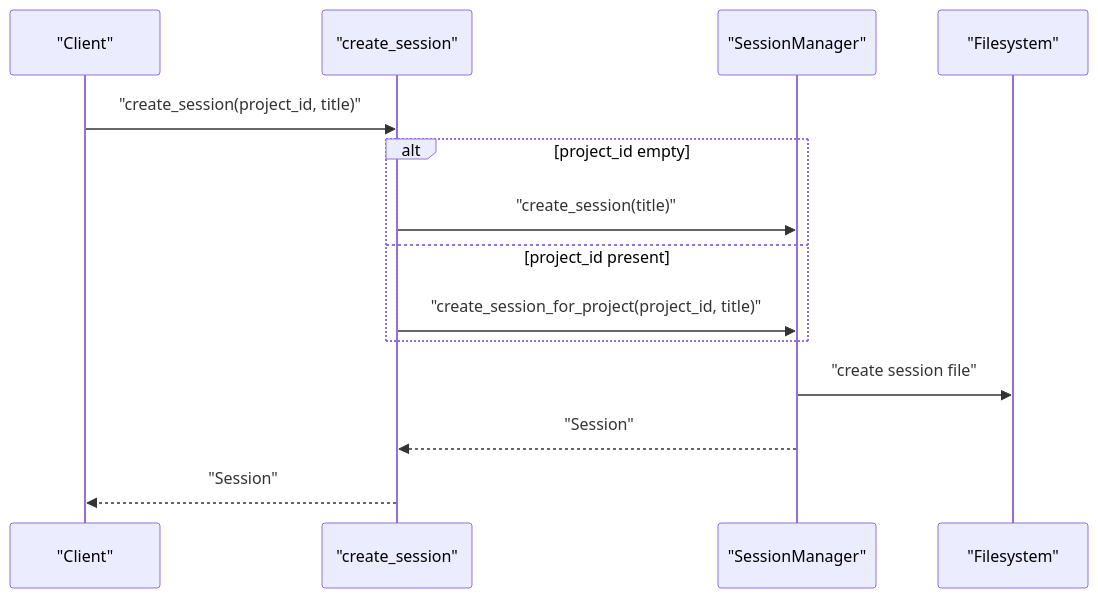
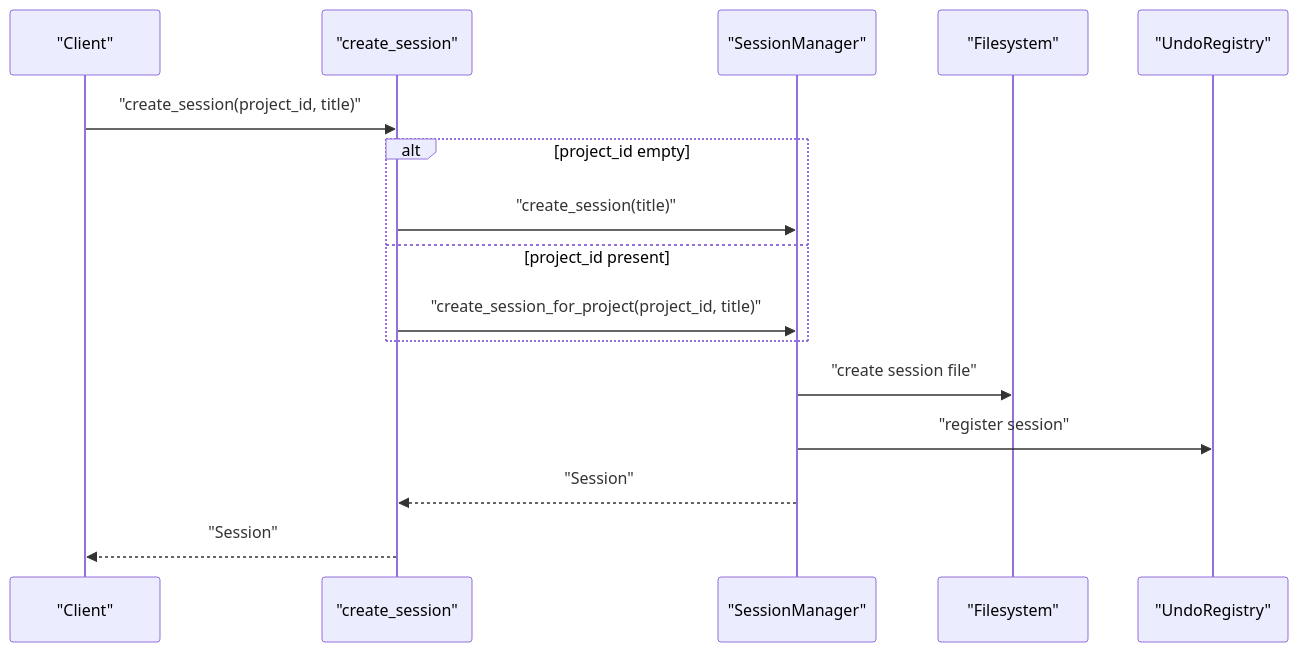
The fourth of 11 diagrams in .qoder/repowiki/en/content/Backend System (Rust)/Module Architecture & Design/Runtime Services/Session Lifecycle.md (novolei/if2Ai), drawn with Mermaid before and after one commit. The commit also changed other lines of this file and 124 other files, not shown here.

````diff
--- a/.qoder/repowiki/en/content/Backend System (Rust)/Module Architecture & Design/Runtime Services/Session Lifecycle.md
+++ b/.qoder/repowiki/en/content/Backend System (Rust)/Module Architecture & Design/Runtime Services/Session Lifecycle.md
@@ -174,16 +246,18 @@
 ```mermaid
 sequenceDiagram
 participant Client as "Client"
 participant Cmd as "create_session"
 participant SM as "SessionManager"
 participant FS as "Filesystem"
+participant UR as "UndoRegistry"
 Client->>Cmd : "create_session(project_id, title)"
 alt project_id empty
 Cmd->>SM : "create_session(title)"
 else project_id present
 Cmd->>SM : "create_session_for_project(project_id, title)"
 end
 SM->>FS : "create session file"
+SM->>UR : "register session"
 SM-->>Cmd : "Session"
 Cmd-->>Client : "Session"
 ```
````
